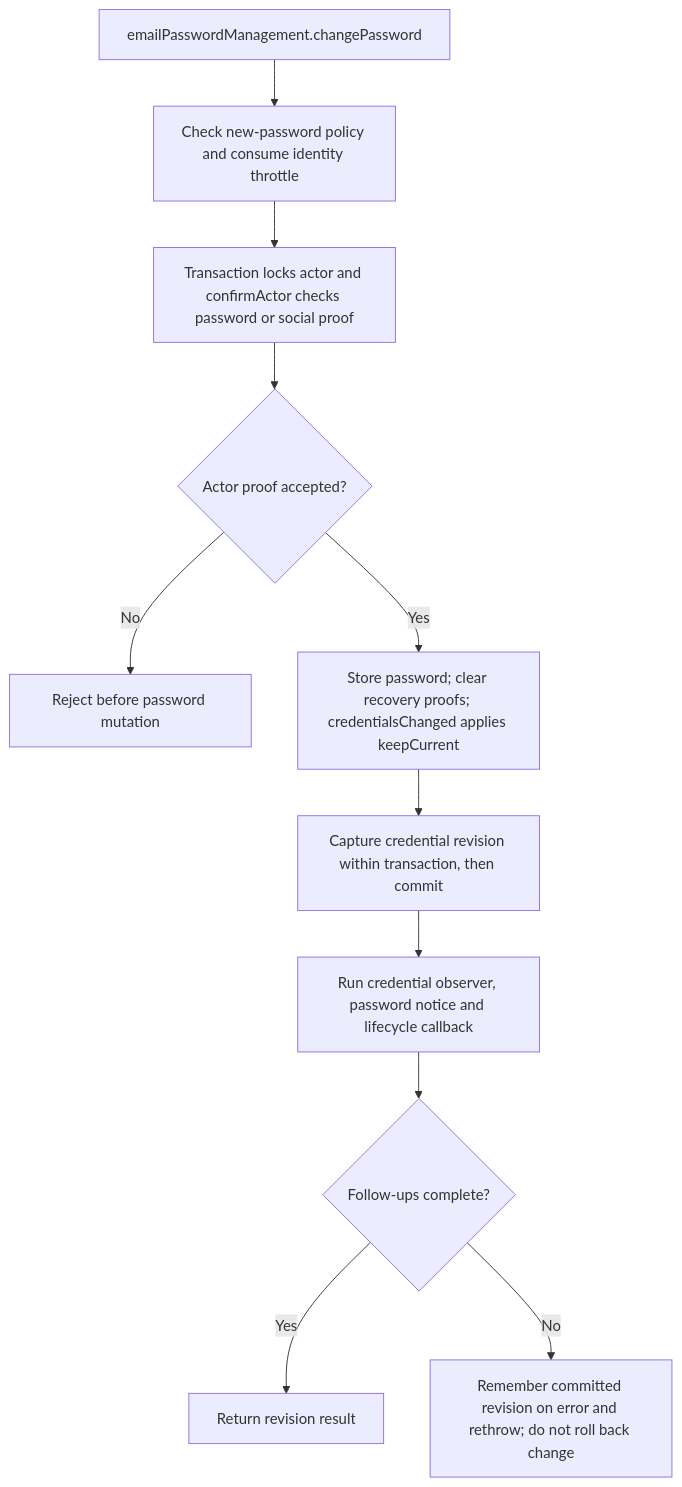
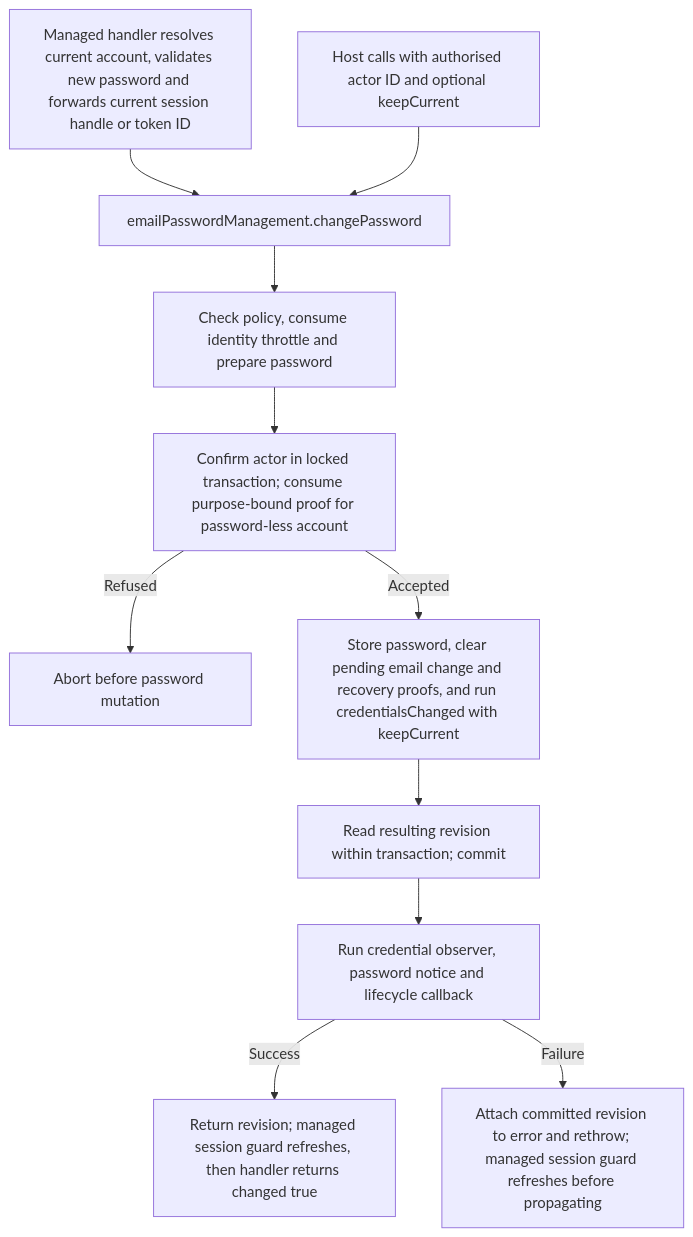
The second of 2 diagrams in user-stories/US-ACCOUNT-05-change-password.md (Kevinjohn/oss-adonisjs-account-kit), drawn with Mermaid before and after one commit. The commit also changed other lines of this file and 70 other files, not shown here.

````diff
--- a/user-stories/US-ACCOUNT-05-change-password.md
+++ b/user-stories/US-ACCOUNT-05-change-password.md
@@ -34,13 +35,13 @@
 ```mermaid
 flowchart TD
-    A["emailPasswordManagement.changePassword"] --> B["Check new-password policy and consume identity throttle"]
-    B --> C["Transaction locks actor and confirmActor checks password or social proof"]
-    C --> D{"Actor proof accepted?"}
-    D -->|No| E["Reject before password mutation"]
-    D -->|Yes| F["Store password; clear recovery proofs; credentialsChanged applies keepCurrent"]
-    F --> G["Capture credential revision within transaction, then commit"]
-    G --> H["Run credential observer, password notice and lifecycle callback"]
-    H --> I{"Follow-ups complete?"}
-    I -->|Yes| J["Return revision result"]
-    I -->|No| K["Remember committed revision on error and rethrow; do not roll back change"]
+  M["Managed handler resolves current account, validates new password and forwards current session handle or token ID"] --> A["emailPasswordManagement.changePassword"]
+  H0["Host calls with authorised actor ID and optional keepCurrent"] --> A
+  A --> B["Check policy, consume identity throttle and prepare password"]
+  B --> C["Confirm actor in locked transaction; consume purpose-bound proof for password-less account"]
+  C -->|Refused| E["Abort before password mutation"]
+  C -->|Accepted| F["Store password, clear pending email change and recovery proofs, and run credentialsChanged with keepCurrent"]
+  F --> G["Read resulting revision within transaction; commit"]
+  G --> H["Run credential observer, password notice and lifecycle callback"]
+  H -->|Success| J["Return revision; managed session guard refreshes, then handler returns changed true"]
+  H -->|Failure| K["Attach committed revision to error and rethrow; managed session guard refreshes before propagating"]
 ```
````
